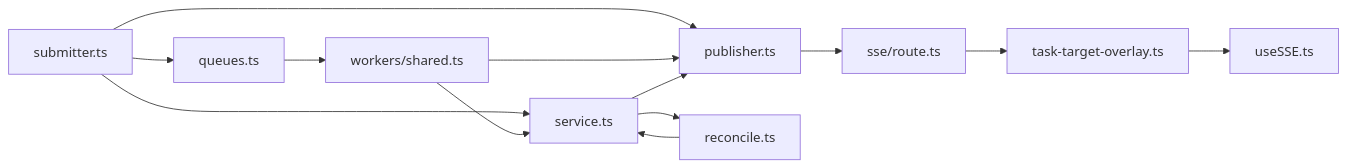
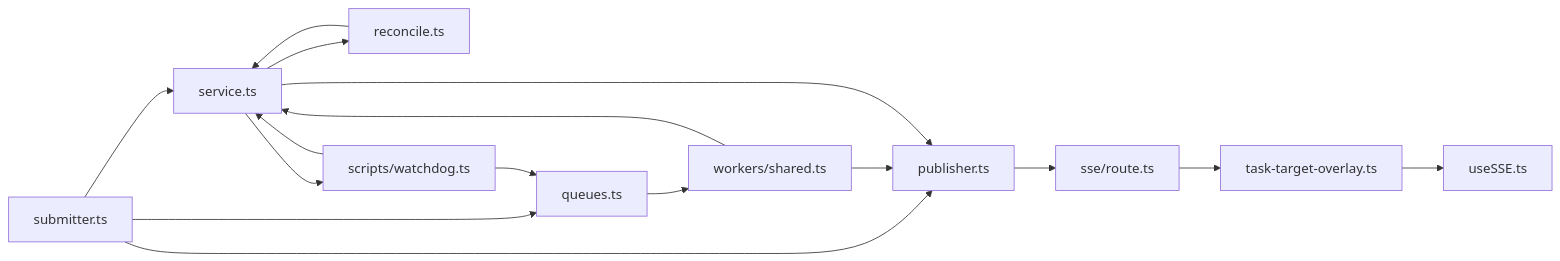
One commit to lyl2021/waoowaoo changed the seventh of 7 diagrams in .qoder/repowiki/zh/content/任务队列系统/任务调度/任务生命周期管理.md. Above: the diagram before and after it, drawn with Mermaid. The commit also changed other lines of this file and 15 other files, not shown here.

````diff
--- a/.qoder/repowiki/zh/content/任务队列系统/任务调度/任务生命周期管理.md
+++ b/.qoder/repowiki/zh/content/任务队列系统/任务调度/任务生命周期管理.md
@@ -373,15 +408,18 @@
 ```mermaid
 graph LR
 SUB["submitter.ts"] --> SVC["service.ts"]
 SUB --> PUB["publisher.ts"]
 SUB --> Q["queues.ts"]
 Q --> W["workers/shared.ts"]
 W --> SVC
 W --> PUB
 SVC --> PUB
 PUB --> SSE["sse/route.ts"]
 SSE --> OVER["task-target-overlay.ts"]
 OVER --> HOOK["useSSE.ts"]
 SVC --> REC["reconcile.ts"]
 REC --> SVC
+SVC --> WD["scripts/watchdog.ts"]
+WD --> Q
+WD --> SVC
 ```
````
